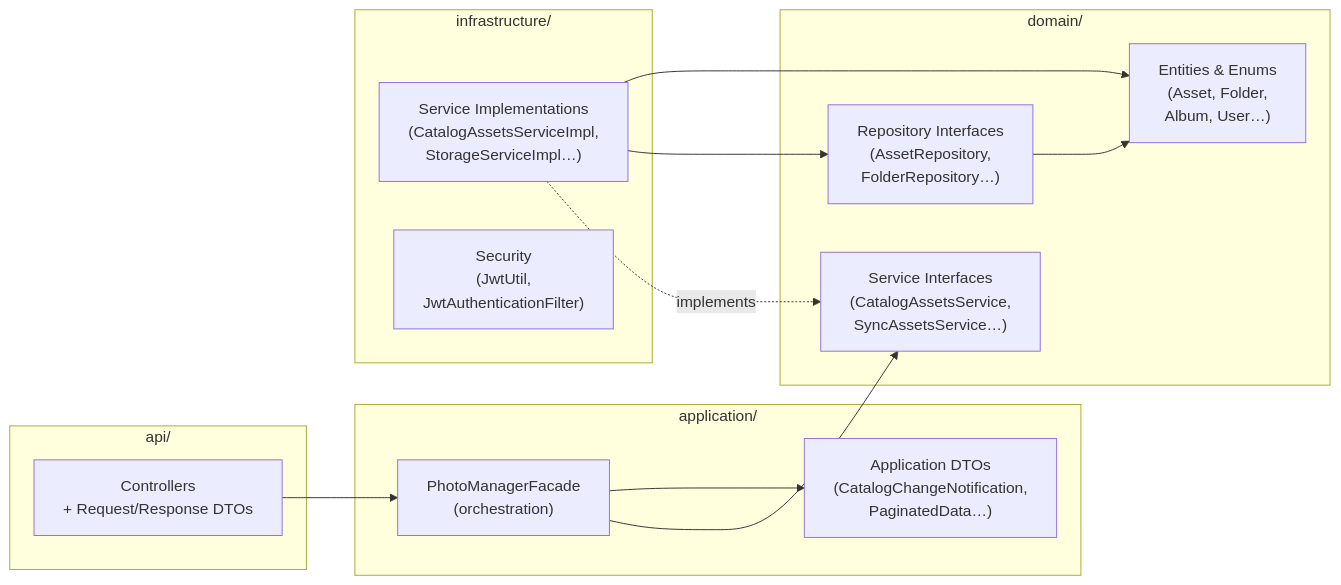
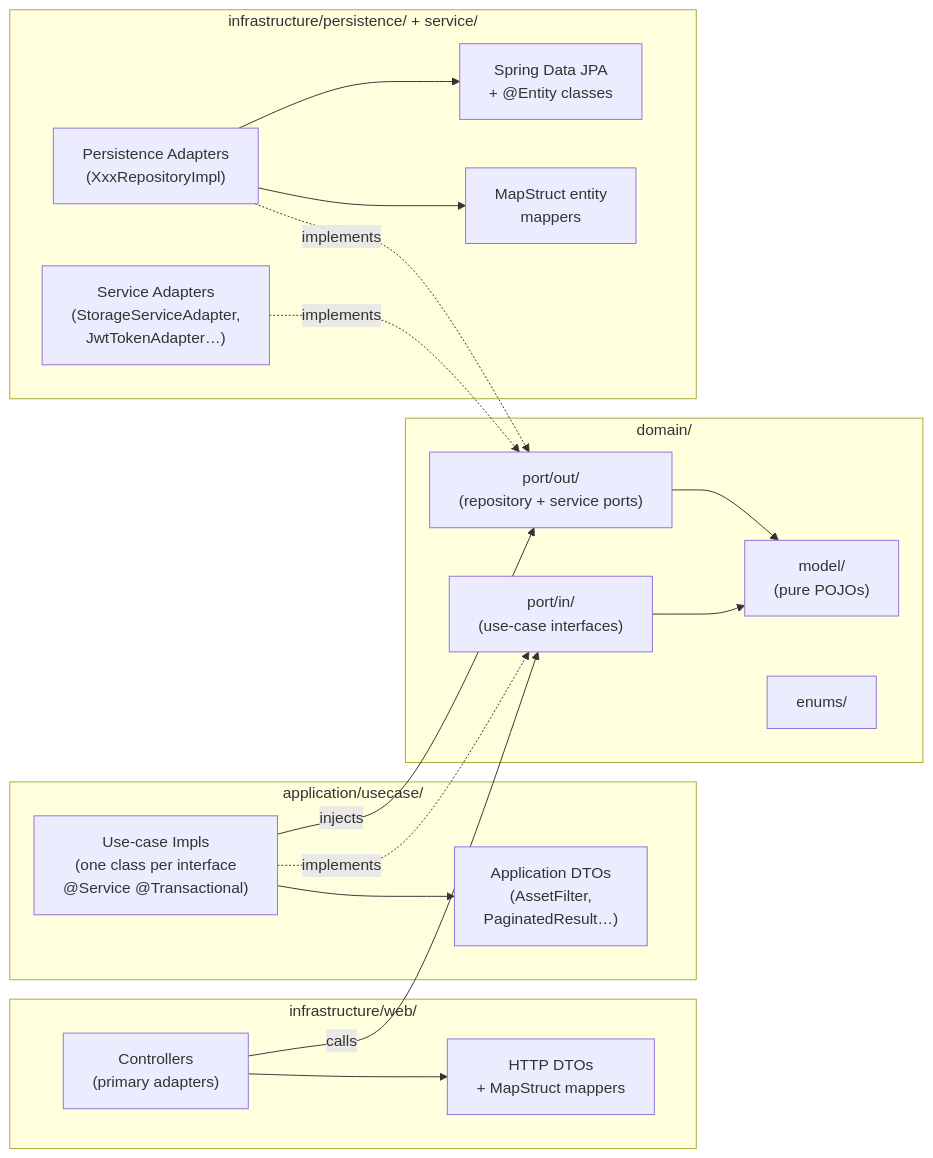
Before and after one commit to jpablodrexler/jp-photo-manager: the second of 6 diagrams in JPPhotoManagerWeb/README.md, drawn with Mermaid. The commit also changed other lines of this file and 374 other files, not shown here.

First line of the commit message:
Web application hexagonal architecture (#225)

````diff
--- a/JPPhotoManagerWeb/README.md
+++ b/JPPhotoManagerWeb/README.md
@@ -108,27 +108,35 @@
 ```mermaid
 graph LR
-    subgraph A["api/"]
-        C["Controllers\n+ Request/Response DTOs"]
+    subgraph WEB["infrastructure/web/"]
+        C["Controllers\n(primary adapters)"]
+        WDTO["HTTP DTOs\n+ MapStruct mappers"]
     end
-    subgraph APP["application/"]
-        F["PhotoManagerFacade\n(orchestration)"]
-        ADTO["Application DTOs\n(CatalogChangeNotification,\nPaginatedData…)"]
+    subgraph APP["application/usecase/"]
+        UC["Use-case Impls\n(one class per interface\n@Service @Transactional)"]
+        ADTO["Application DTOs\n(AssetFilter,\nPaginatedResult…)"]
     end
     subgraph D["domain/"]
-        SI["Service Interfaces\n(CatalogAssetsService,\nSyncAssetsService…)"]
-        RI["Repository Interfaces\n(AssetRepository,\nFolderRepository…)"]
-        E["Entities & Enums\n(Asset, Folder,\nAlbum, User…)"]
+        PI["port/in/\n(use-case interfaces)"]
+        PO["port/out/\n(repository + service ports)"]
+        M["model/\n(pure POJOs)"]
+        E["enums/"]
     end
-    subgraph I["infrastructure/"]
-        SImpl["Service Implementations\n(CatalogAssetsServiceImpl,\nStorageServiceImpl…)"]
-        Sec["Security\n(JwtUtil,\nJwtAuthenticationFilter)"]
+    subgraph INFRA["infrastructure/persistence/ + service/"]
+        PA["Persistence Adapters\n(XxxRepositoryImpl)"]
+        SA["Service Adapters\n(StorageServiceAdapter,\nJwtTokenAdapter…)"]
+        JPA["Spring Data JPA\n+ @Entity classes"]
+        EM["MapStruct entity\nmappers"]
     end
 
-    C --> F
-    F --> SI
-    F --> ADTO
-    SImpl -.->|"implements"| SI
-    SImpl --> RI
-    SImpl --> E
-    RI --> E
+    C -->|"calls"| PI
+    C --> WDTO
+    UC -.->|"implements"| PI
+    UC -->|"injects"| PO
+    UC --> ADTO
+    PA -.->|"implements"| PO
+    SA -.->|"implements"| PO
+    PA --> JPA
+    PA --> EM
+    PO --> M
+    PI --> M
 ```
````
